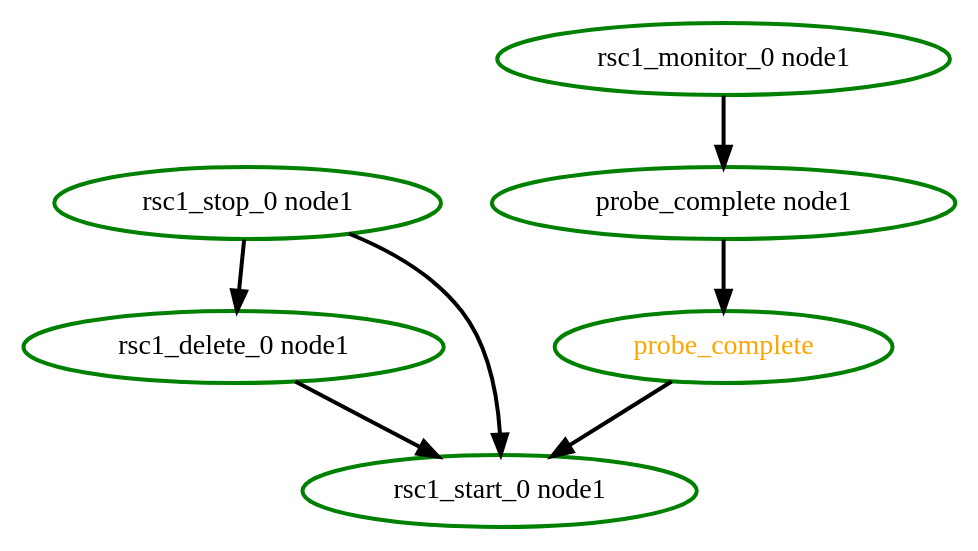
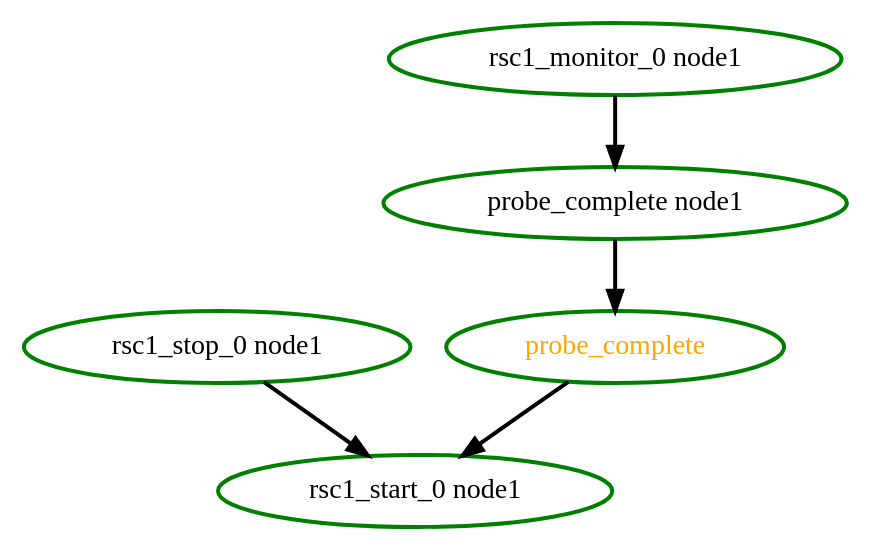
The diagram in crm/pengine/testcases/bad3.dot (richiewen8/heartbeat), drawn with Graphviz before and after one commit. The commit also changed 44 other files, not shown here.

```diff
--- a/crm/pengine/testcases/bad3.dot
+++ b/crm/pengine/testcases/bad3.dot
@@ -1,15 +1,12 @@
 digraph "g" {
 	size = "30,30"
 "rsc1_stop_0 node1" [ style=bold color="green" fontcolor="black" ]
-"rsc1_delete_0 node1" [ style=bold color="green" fontcolor="black" ]
-"rsc1_start_0 node1" [ style=bold color="green" fontcolor="black" ]
 "probe_complete" [ style=bold color="green" fontcolor="orange" ]
 "probe_complete node1" [ style=bold color="green" fontcolor="black" ]
 "rsc1_monitor_0 node1" [ style=bold color="green" fontcolor="black" ]
-"rsc1_stop_0 node1" -> "rsc1_delete_0 node1" [ style = bold]
-"rsc1_stop_0 node1" -> "rsc1_start_0 node1" [ style = bold]
-"rsc1_delete_0 node1" -> "rsc1_start_0 node1" [ style = bold]
-"probe_complete" -> "rsc1_start_0 node1" [ style = bold]
+"rsc1_start_0 node1" [ style=bold color="green" fontcolor="black" ]
 "probe_complete node1" -> "probe_complete" [ style = bold]
 "rsc1_monitor_0 node1" -> "probe_complete node1" [ style = bold]
+"rsc1_stop_0 node1" -> "rsc1_start_0 node1" [ style = bold]
+"probe_complete" -> "rsc1_start_0 node1" [ style = bold]
 }
```
